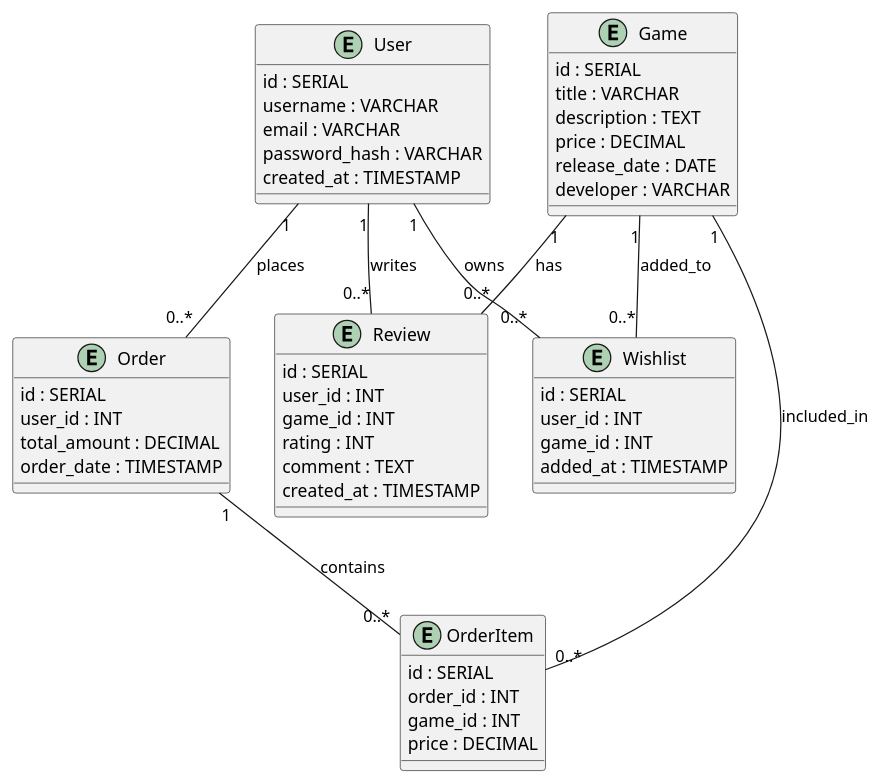
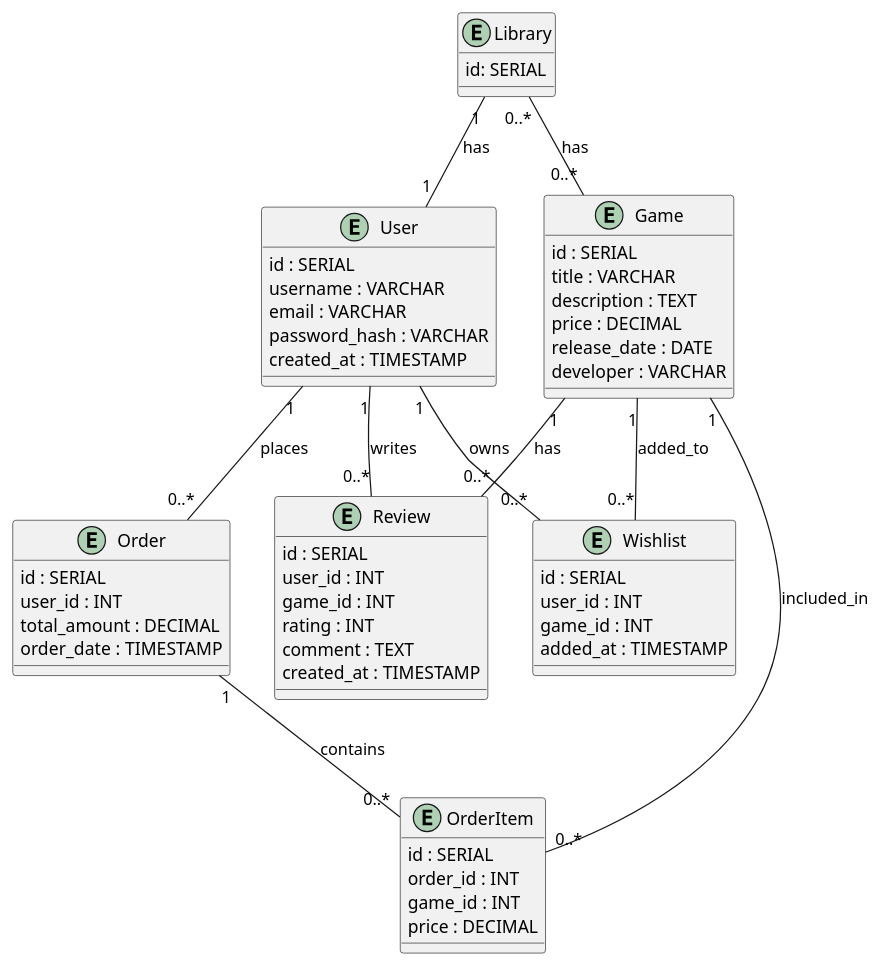
The diagram in Workshop/Project/steamed/diagrams/database.puml (FontysVenlo/esd-workshop-spring-boot-hibernate), drawn with PlantUML before and after one commit. The commit also changed 9 other files, not shown here.

```diff
--- a/Workshop/Project/steamed/diagrams/database.puml
+++ b/Workshop/Project/steamed/diagrams/database.puml
@@ -6,61 +6,69 @@
 @startuml
 
 entity User {
   id : SERIAL
   username : VARCHAR
   email : VARCHAR
   password_hash : VARCHAR
   created_at : TIMESTAMP
+}
+
+entity Library {
+    id: SERIAL
+
 }
 
 entity Game {
   id : SERIAL
   title : VARCHAR
   description : TEXT
   price : DECIMAL
   release_date : DATE
   developer : VARCHAR
 }
 
 entity Review {
   id : SERIAL
   user_id : INT
   game_id : INT
   rating : INT
   comment : TEXT
   created_at : TIMESTAMP
 }
 
 entity Order {
   id : SERIAL
   user_id : INT
   total_amount : DECIMAL
   order_date : TIMESTAMP
 }
 
 entity OrderItem {
   id : SERIAL
   order_id : INT
   game_id : INT
   price : DECIMAL
 }
 
 entity Wishlist {
   id : SERIAL
   user_id : INT
   game_id : INT
   added_at : TIMESTAMP
 }
 
 ' Relationships with 1..* notation
+Library "1" -- "1" User : has
+Library "0..*" -- "0..*" Game : has
 User "1" -- "0..*" Review : writes
 Game "1" -- "0..*" Review : has
+
 
 User "1" -- "0..*" Order : places
 Order "1" -- "0..*" OrderItem : contains
 Game "1" -- "0..*" OrderItem : included_in
 
 User "1" -- "0..*" Wishlist : owns
 Game "1" -- "0..*" Wishlist : added_to
 
 @enduml
```
